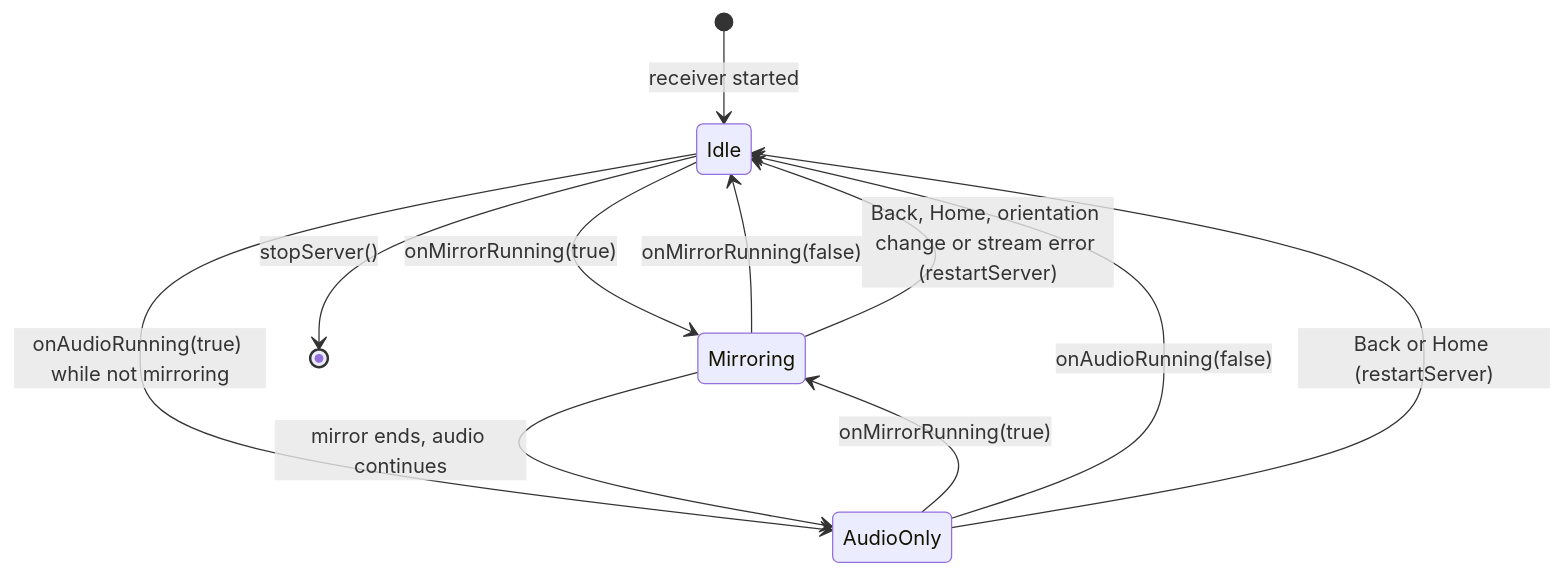
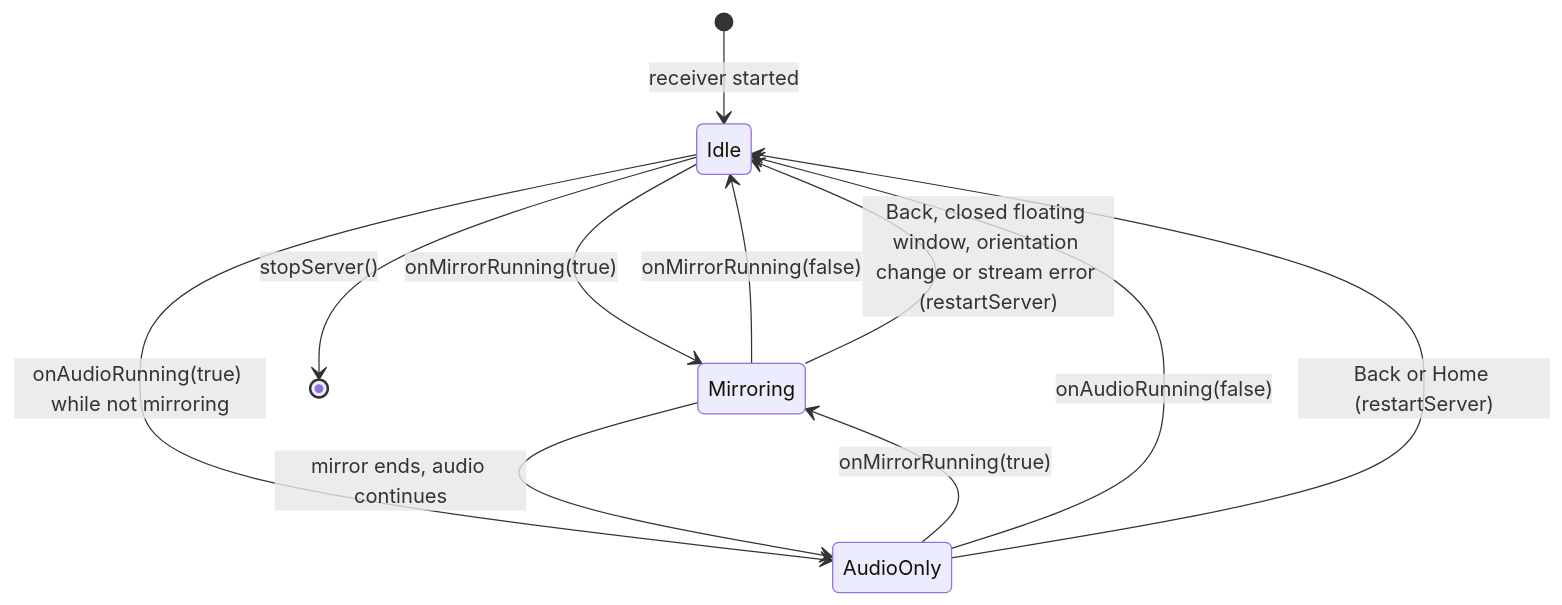
One commit to swide-git/second-display changed the fourth of 6 diagrams in docs/architecture.md. Above: the diagram before and after it, drawn with Mermaid. The commit also changed other lines of this file and 4 other files, not shown here.

First line of the commit message:
Floating picture-in-picture window while mirroring

````diff
--- a/docs/architecture.md
+++ b/docs/architecture.md
@@ -154,13 +155,13 @@
 ```mermaid
 stateDiagram-v2
     [*] --> Idle: receiver started
     Idle --> Mirroring: onMirrorRunning(true)
     Idle --> AudioOnly: onAudioRunning(true) while not mirroring
     Mirroring --> AudioOnly: mirror ends, audio continues
     AudioOnly --> Mirroring: onMirrorRunning(true)
     Mirroring --> Idle: onMirrorRunning(false)
     AudioOnly --> Idle: onAudioRunning(false)
-    Mirroring --> Idle: Back, Home, orientation change or stream error (restartServer)
+    Mirroring --> Idle: Back, closed floating window, orientation change or stream error (restartServer)
     AudioOnly --> Idle: Back or Home (restartServer)
     Idle --> [*]: stopServer()
 ```
````
